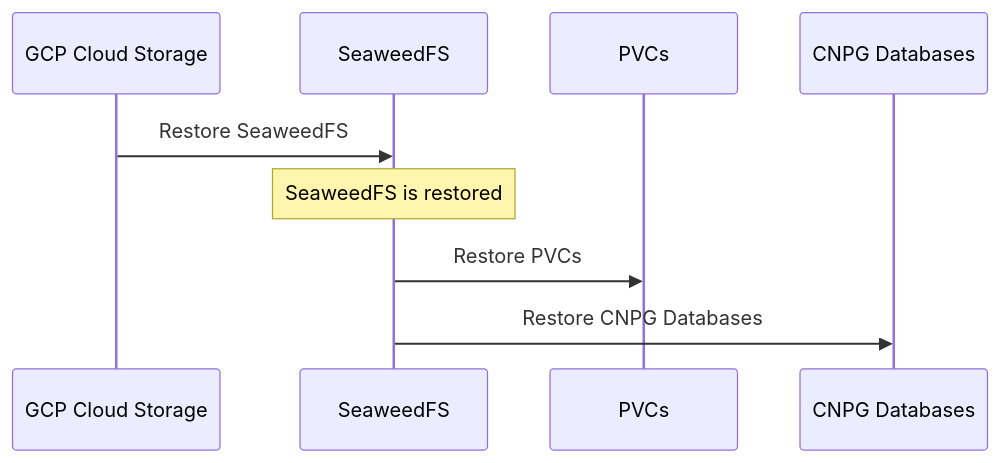
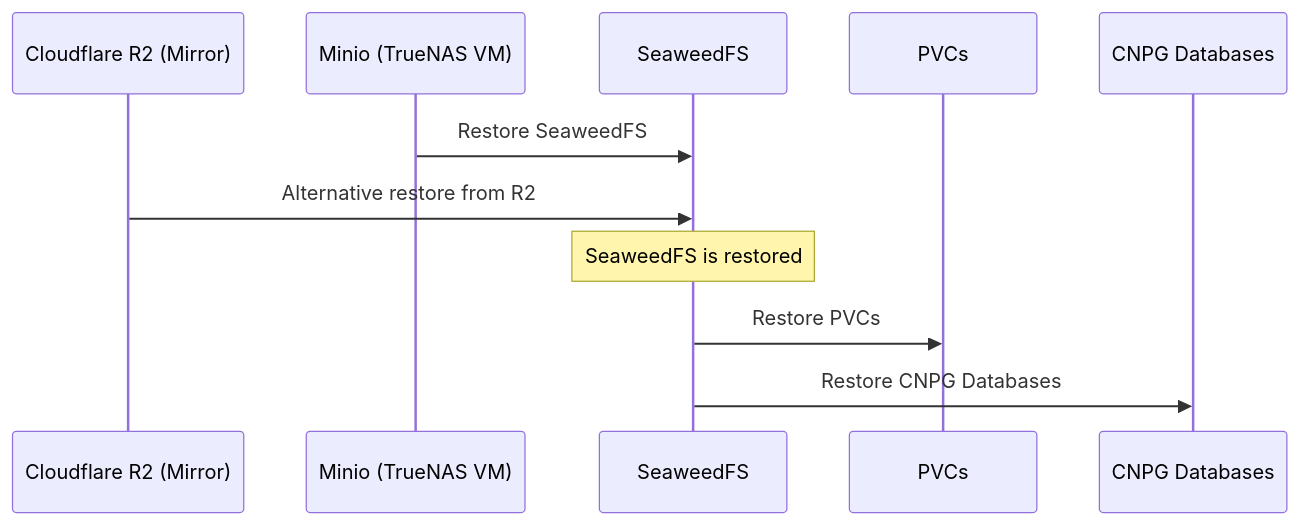
The second of 2 diagrams in docker/docs-site/docs/backups/index.md (blake-hamm/bhamm-lab), drawn with Mermaid before and after one commit. The commit also changed other lines of this file and 6 other files, not shown here.

````diff
--- a/docker/docs-site/docs/backups/index.md
+++ b/docker/docs-site/docs/backups/index.md
@@ -32,12 +33,14 @@
 ```mermaid
 sequenceDiagram
-    participant GCP as GCP Cloud Storage
+    participant r2 as Cloudflare R2 (Mirror)
+    participant minio as Minio (TrueNAS VM)
     participant swfs as SeaweedFS
     participant pvc as PVCs
     participant cnpg as CNPG Databases
 
-    GCP->>swfs: Restore SeaweedFS
+    minio->>swfs: Restore SeaweedFS
+    r2->>swfs: Alternative restore from R2
     Note over swfs: SeaweedFS is restored
     swfs->>pvc: Restore PVCs
     swfs->>cnpg: Restore CNPG Databases
 ```
````
